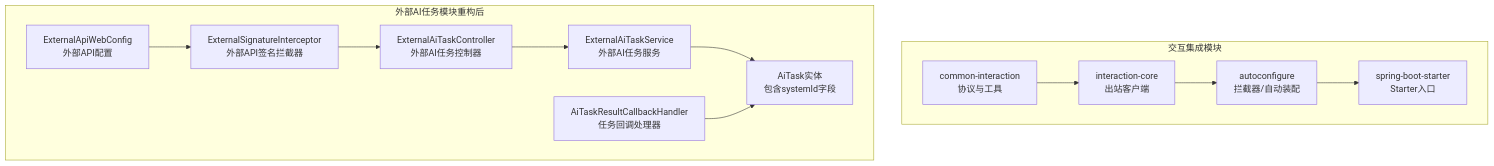
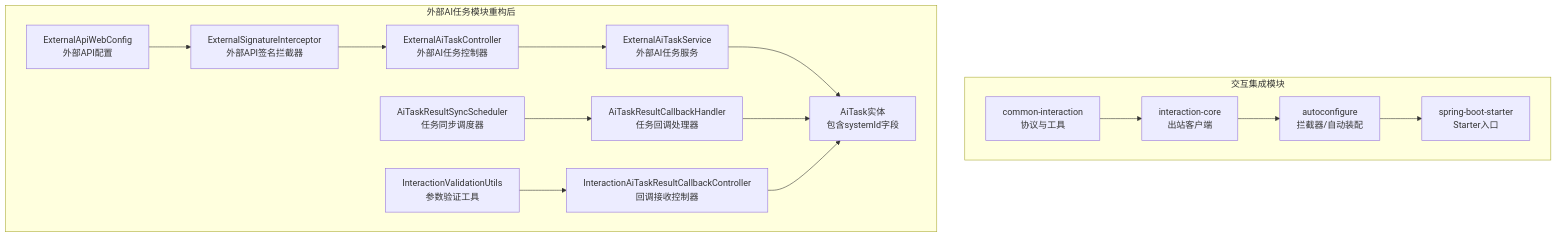
Before and after one commit to DrunkFood/First: the first of 5 diagrams in .qoder/repowiki/zh/content/API接口文档/外部系统集成API/外部系统集成API.md, drawn with Mermaid. The commit also changed other lines of this file and 77 other files, not shown here.

````diff
--- a/.qoder/repowiki/zh/content/API接口文档/外部系统集成API/外部系统集成API.md
+++ b/.qoder/repowiki/zh/content/API接口文档/外部系统集成API/外部系统集成API.md
@@ -70,25 +75,31 @@
 ```mermaid
 graph TB
 subgraph "交互集成模块"
 CI["common-interaction<br/>协议与工具"]
 IC["interaction-core<br/>出站客户端"]
 AC["autoconfigure<br/>拦截器/自动装配"]
 SB["spring-boot-starter<br/>Starter入口"]
 end
 subgraph "外部AI任务模块重构后"
 EATC["ExternalAiTaskController<br/>外部AI任务控制器"]
 EATS["ExternalAiTaskService<br/>外部AI任务服务"]
 ESIG["ExternalSignatureInterceptor<br/>外部API签名拦截器"]
 ECONF["ExternalApiWebConfig<br/>外部API配置"]
 AICB["AiTaskResultCallbackHandler<br/>任务回调处理器"]
+AICS["AiTaskResultSyncScheduler<br/>任务同步调度器"]
 AITASK["AiTask实体<br/>包含systemId字段"]
+IVU["InteractionValidationUtils<br/>参数验证工具"]
+IARC["InteractionAiTaskResultCallbackController<br/>回调接收控制器"]
 end
 CI --> IC
 IC --> AC
 AC --> SB
 EATC --> EATS
 ECONF --> ESIG
 ESIG --> EATC
 EATS --> AITASK
 AICB --> AITASK
+AICS --> AICB
+IVU --> IARC
+IARC --> AITASK
 ```
````
